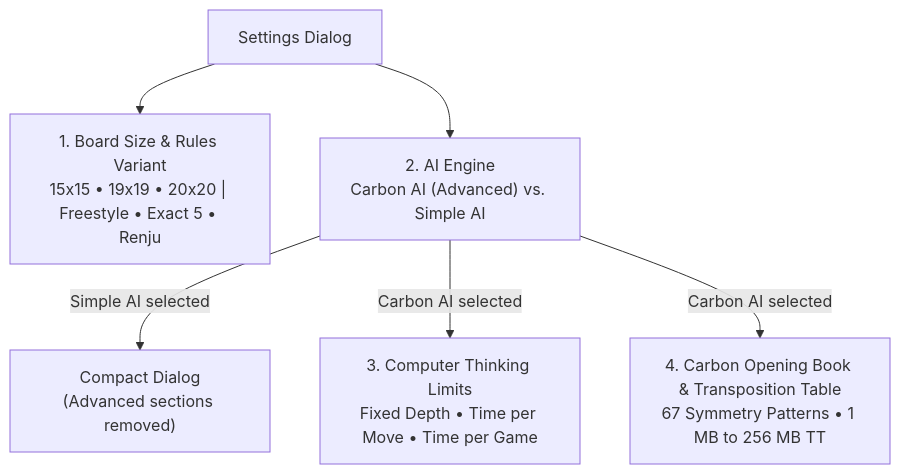
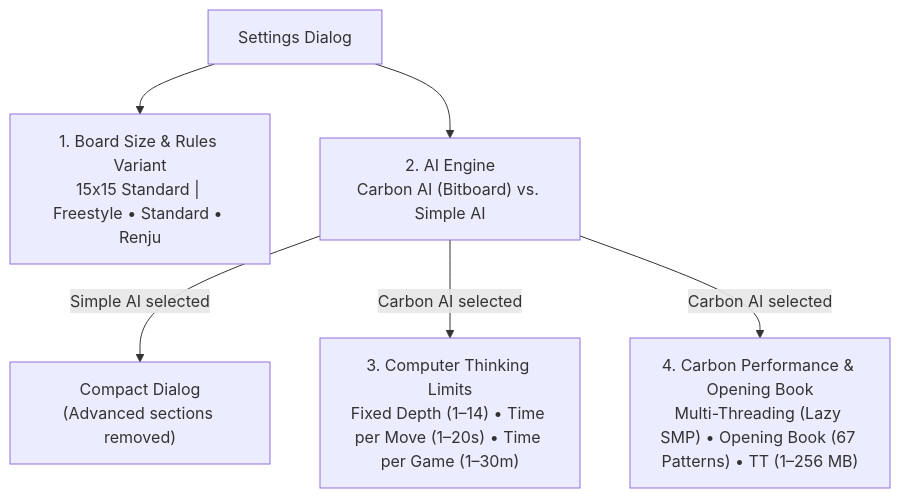
One commit to cjp-dev/Gomoku changed the second of 3 diagrams in docs/brain/14-gui-and-settings.md. Above: the diagram before and after it, drawn with Mermaid. The commit also changed other lines of this file and 18 other files, not shown here.

````diff
--- a/docs/brain/14-gui-and-settings.md
+++ b/docs/brain/14-gui-and-settings.md
@@ -158,9 +158,9 @@
 ```mermaid
 graph TD
     Settings["Settings Dialog"]
-    Settings --> Section1["1. Board Size &amp; Rules Variant<br/>15x15 • 19x19 • 20x20 | Freestyle • Exact 5 • Renju"]
-    Settings --> Section2["2. AI Engine<br/>Carbon AI (Advanced) vs. Simple AI"]
+    Settings --> Section1["1. Board Size &amp; Rules Variant<br/>15x15 Standard | Freestyle • Standard • Renju"]
+    Settings --> Section2["2. AI Engine<br/>Carbon AI (Bitboard) vs. Simple AI"]
     Section2 -- "Simple AI selected" --> Simplified["Compact Dialog<br/>(Advanced sections removed)"]
-    Section2 -- "Carbon AI selected" --> Section3["3. Computer Thinking Limits<br/>Fixed Depth • Time per Move • Time per Game"]
-    Section2 -- "Carbon AI selected" --> Section4["4. Carbon Opening Book &amp; Transposition Table<br/>67 Symmetry Patterns • 1 MB to 256 MB TT"]
+    Section2 -- "Carbon AI selected" --> Section3["3. Computer Thinking Limits<br/>Fixed Depth (1–14) • Time per Move (1–20s) • Time per Game (1–30m)"]
+    Section2 -- "Carbon AI selected" --> Section4["4. Carbon Performance &amp; Opening Book<br/>Multi-Threading (Lazy SMP) • Opening Book (67 Patterns) • TT (1–256 MB)"]
 ```
````
